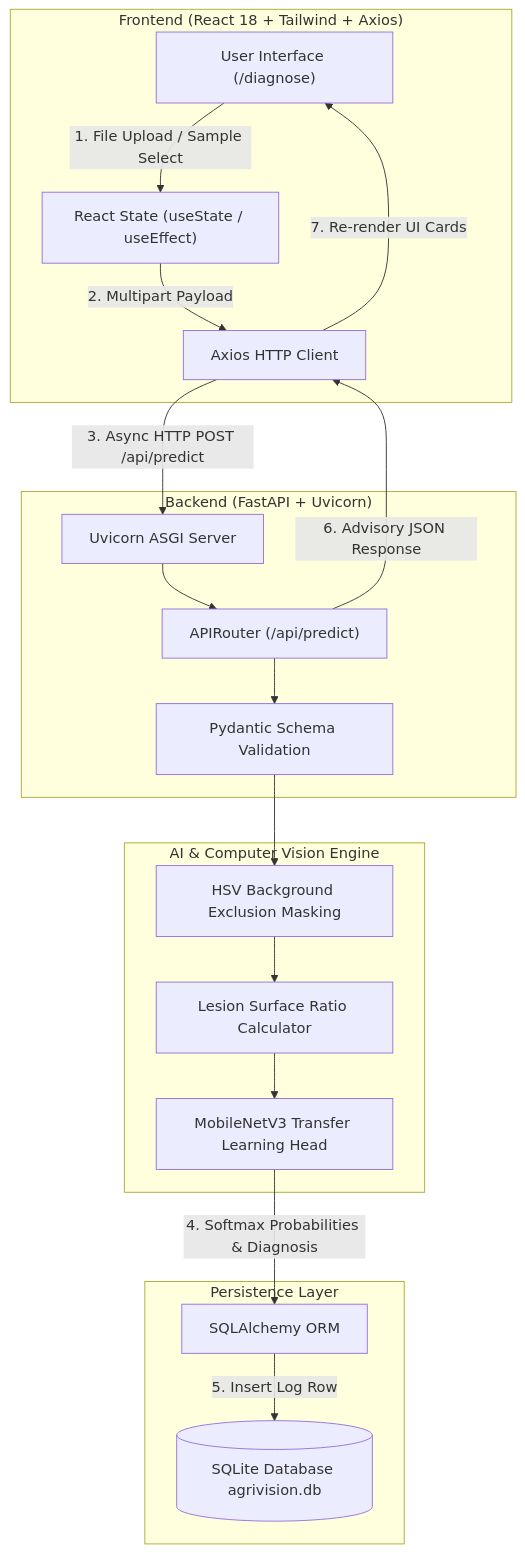
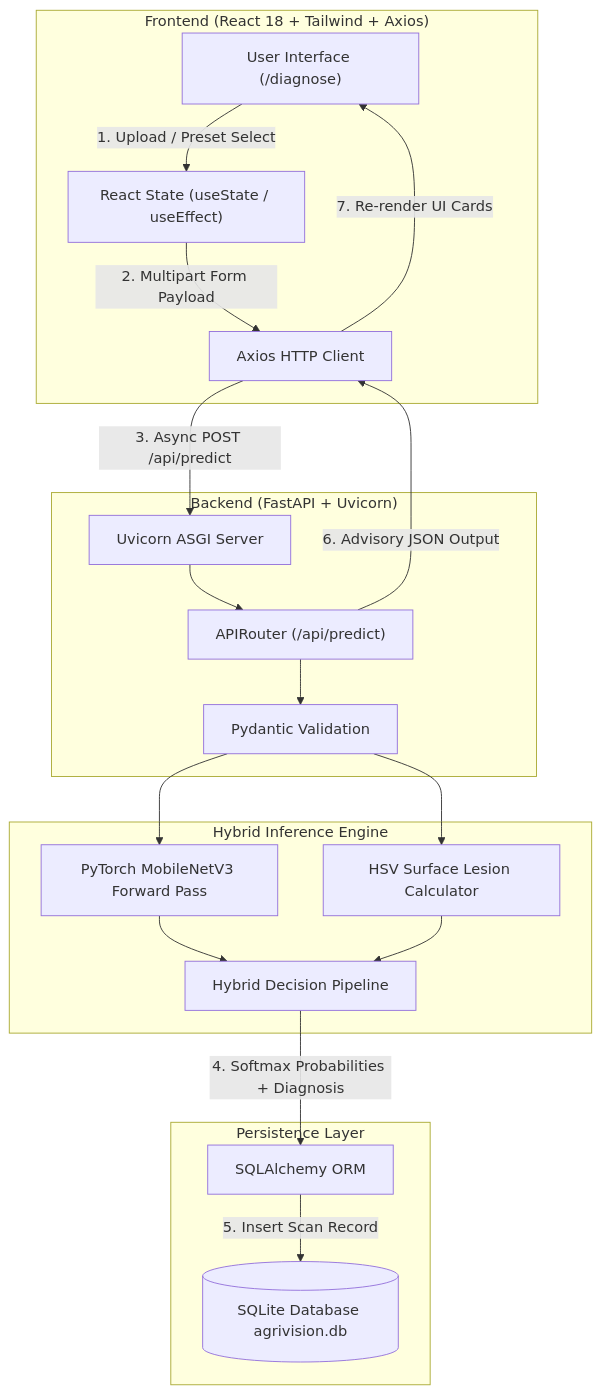
One commit to lalankishor27-collab/AgriVision-AI changed the diagram in README.md. Above: the diagram before and after it, drawn with Mermaid. The commit also changed other lines of this file and 1 other file, not shown here.

Commit message:
docs & feat: align PyTorch model weight loading, README roadmap, and demo preset shortcuts

````diff
--- a/README.md
+++ b/README.md
@@ -27,38 +36,39 @@
 ```mermaid
 flowchart TD
     subgraph Client["Frontend (React 18 + Tailwind + Axios)"]
         UI["User Interface (/diagnose)"]
         State["React State (useState / useEffect)"]
         AxiosClient["Axios HTTP Client"]
     end
 
     subgraph Server["Backend (FastAPI + Uvicorn)"]
         ASGI["Uvicorn ASGI Server"]
         Router["APIRouter (/api/predict)"]
-        PydanticVal["Pydantic Schema Validation"]
+        PydanticVal["Pydantic Validation"]
     end
 
-    subgraph AI["AI & Computer Vision Engine"]
-        HSV["HSV Background Exclusion Masking"]
-        SpotSeg["Lesion Surface Ratio Calculator"]
-        PyTorchModel["MobileNetV3 Transfer Learning Head"]
+    subgraph AI["Hybrid Inference Engine"]
+        PyTorchModel["PyTorch MobileNetV3 Forward Pass"]
+        HSV["HSV Surface Lesion Calculator"]
+        Logic["Hybrid Decision Pipeline"]
     end
 
     subgraph DB["Persistence Layer"]
         ORM["SQLAlchemy ORM"]
         SQLiteDB[(SQLite Database agrivision.db)]
     end
 
-    UI -->|1. File Upload / Sample Select| State
-    State -->|2. Multipart Payload| AxiosClient
-    AxiosClient -->|3. Async HTTP POST /api/predict| ASGI
+    UI -->|1. Upload / Preset Select| State
+    State -->|2. Multipart Form Payload| AxiosClient
+    AxiosClient -->|3. Async POST /api/predict| ASGI
     ASGI --> Router
     Router --> PydanticVal
+    PydanticVal --> PyTorchModel
     PydanticVal --> HSV
-    HSV --> SpotSeg
-    SpotSeg --> PyTorchModel
-    PyTorchModel -->|4. Softmax Probabilities & Diagnosis| ORM
-    ORM -->|5. Insert Log Row| SQLiteDB
-    Router -->|6. Advisory JSON Response| AxiosClient
+    PyTorchModel --> Logic
+    HSV --> Logic
+    Logic -->|4. Softmax Probabilities + Diagnosis| ORM
+    ORM -->|5. Insert Scan Record| SQLiteDB
+    Router -->|6. Advisory JSON Output| AxiosClient
     AxiosClient -->|7. Re-render UI Cards| UI
 ```
````
